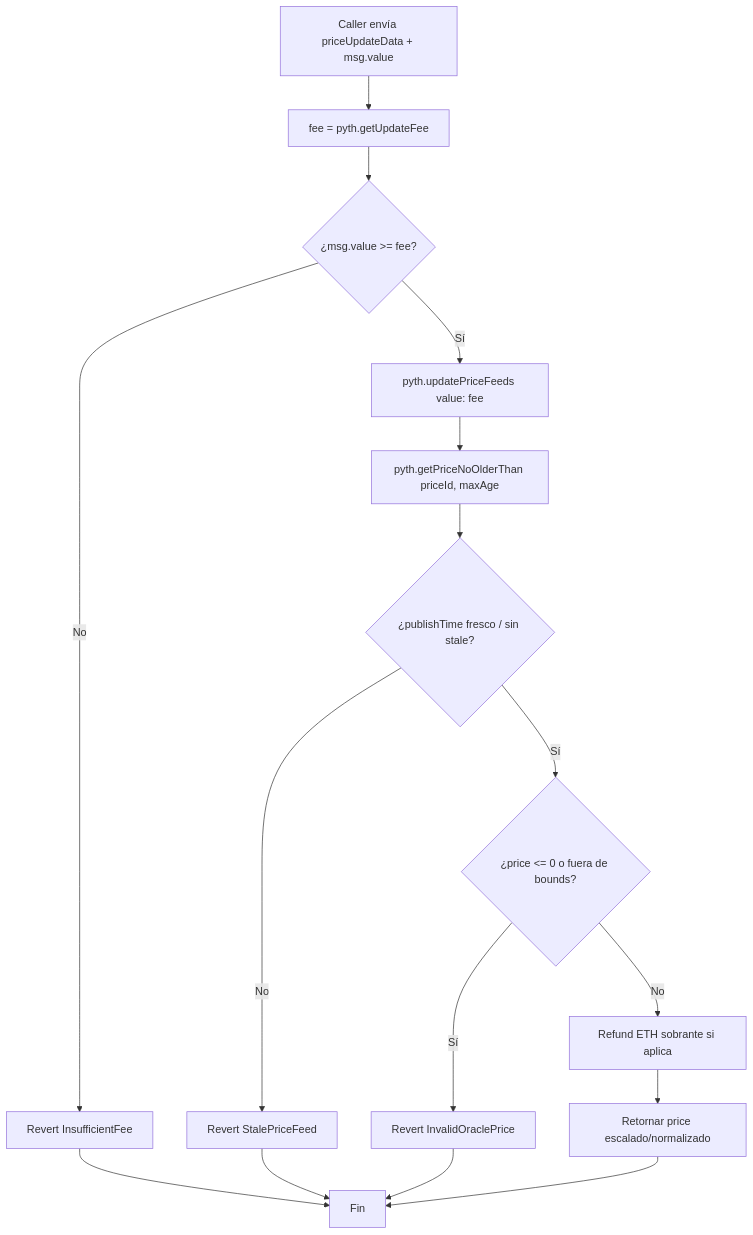
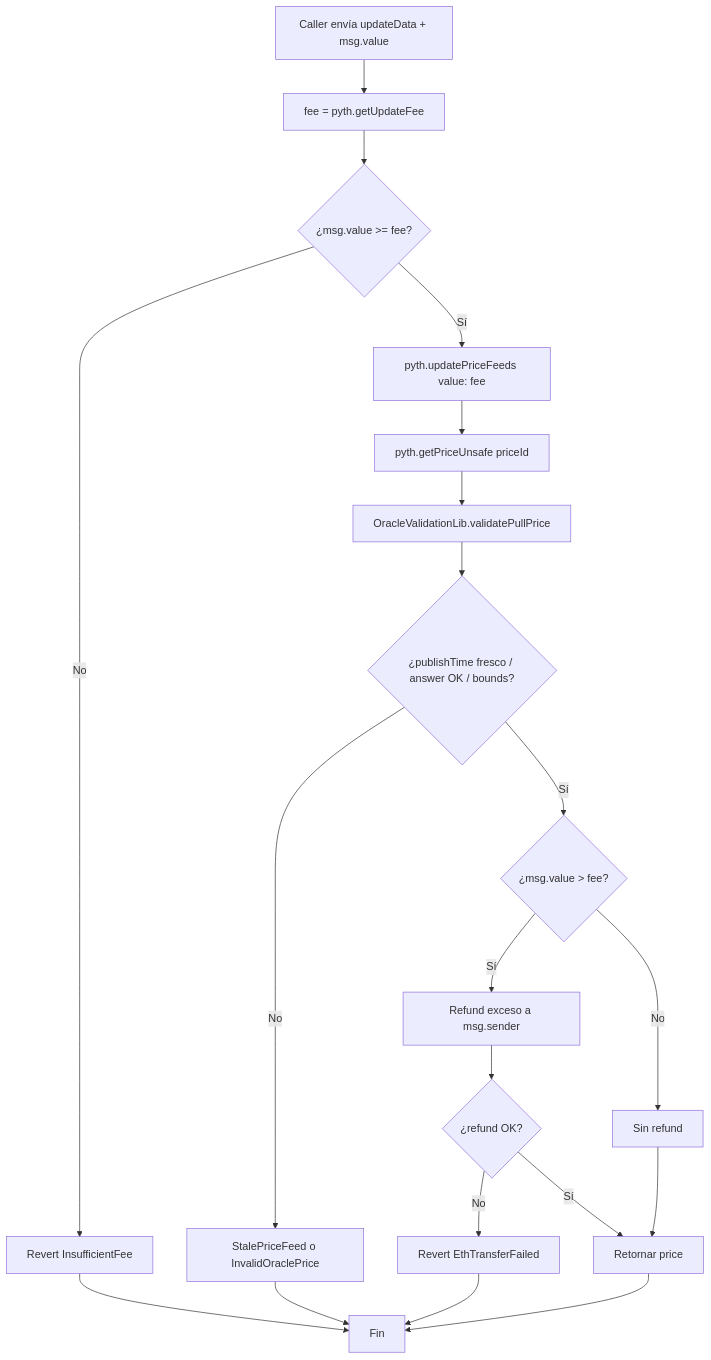
One commit to rastrahm/decentralized-oracles changed the second of 7 diagrams in doc/diagrama-de-flujo.md. Above: the diagram before and after it, drawn with Mermaid. The commit also changed other lines of this file and 12 other files, not shown here.

````diff
--- a/doc/diagrama-de-flujo.md
+++ b/doc/diagrama-de-flujo.md
@@ -27,18 +27,22 @@
 ```mermaid
 flowchart TD
-    A[Caller envía priceUpdateData + msg.value] --> B[fee = pyth.getUpdateFee]
+    A[Caller envía updateData + msg.value] --> B[fee = pyth.getUpdateFee]
     B --> C{¿msg.value >= fee?}
     C -->|No| D[Revert InsufficientFee]
     C -->|Sí| E[pyth.updatePriceFeeds value: fee]
-    E --> F[pyth.getPriceNoOlderThan priceId, maxAge]
-    F --> G{¿publishTime fresco / sin stale?}
-    G -->|No| H[Revert StalePriceFeed]
-    G -->|Sí| I{¿price <= 0 o fuera de bounds?}
-    I -->|Sí| J[Revert InvalidOraclePrice]
-    I -->|No| K[Refund ETH sobrante si aplica]
-    K --> L[Retornar price escalado/normalizado]
+    E --> F[pyth.getPriceUnsafe priceId]
+    F --> G[OracleValidationLib.validatePullPrice]
+    G --> H{¿publishTime fresco / answer OK / bounds?}
+    H -->|No| I[StalePriceFeed o InvalidOraclePrice]
+    H -->|Sí| J{¿msg.value > fee?}
+    J -->|Sí| K[Refund exceso a msg.sender]
+    J -->|No| L[Sin refund]
+    K --> M{¿refund OK?}
+    M -->|No| N[Revert EthTransferFailed]
+    M -->|Sí| O[Retornar price]
+    L --> O
     D --> Z[Fin]
-    H --> Z
-    J --> Z
-    L --> Z
+    I --> Z
+    N --> Z
+    O --> Z
 ```
````
